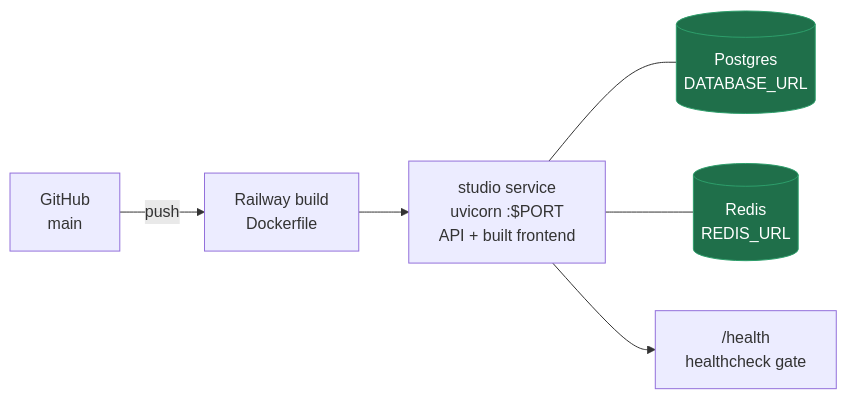
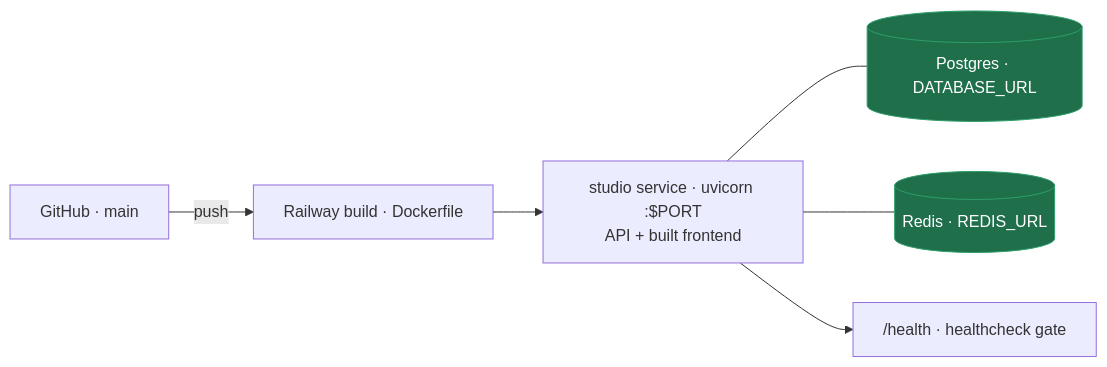
Before and after one commit to rohitkarumanchi745/studio: the ninth of 9 diagrams in README.md, drawn with Mermaid. The commit also changed other lines of this file, not shown here.

First line of the commit message:
README: full-platform rewrite — architecture diagram + tradeoffs/rationale

````diff
--- a/README.md
+++ b/README.md
@@ -261,11 +454,10 @@
 ```mermaid
 flowchart LR
-    gh["GitHub<br/>main"] -->|"push"| build["Railway build<br/>Dockerfile"]
-    build --> svc["studio service<br/>uvicorn :$PORT<br/>API + built frontend"]
-    svc --- pg[("Postgres<br/>DATABASE_URL")]
-    svc --- rd[("Redis<br/>REDIS_URL")]
-    svc --> hc["/health<br/>healthcheck gate"]
-
+    gh["GitHub · main"] -->|push| build["Railway build · Dockerfile"]
+    build --> svc["studio service · uvicorn :$PORT<br/>API + built frontend"]
+    svc --- pg[("Postgres · DATABASE_URL")]
+    svc --- rd[("Redis · REDIS_URL")]
+    svc --> hc["/health · healthcheck gate"]
     classDef s fill:#1f6f4a,stroke:#2e9e6b,color:#fff
     class pg,rd s
 ```
````
